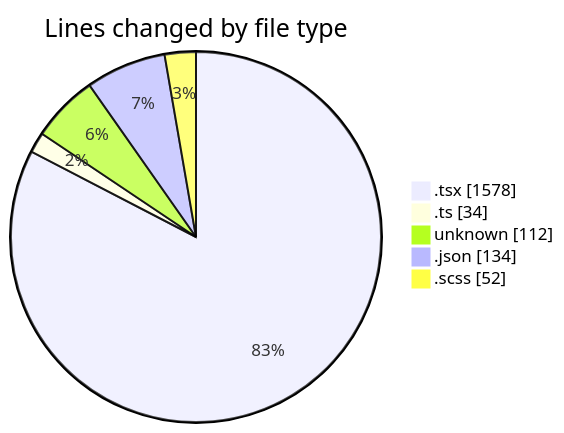
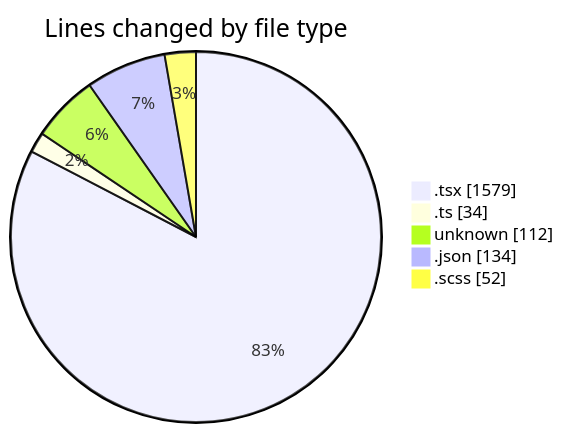
Before and after one commit to momahboobian/code-tracking: the first of 2 diagrams in 2026-04-28/cda/README.md, drawn with Mermaid. The commit also changed other lines of this file and 1 other file, not shown here.

````diff
--- a/2026-04-28/cda/README.md
+++ b/2026-04-28/cda/README.md
@@ -35,9 +35,9 @@
 ```mermaid
 pie showData
 title Lines changed by file type
-".tsx" : 1578
+".tsx" : 1579
 ".ts" : 34
 "unknown" : 112
 ".json" : 134
 ".scss" : 52
 ```
````
